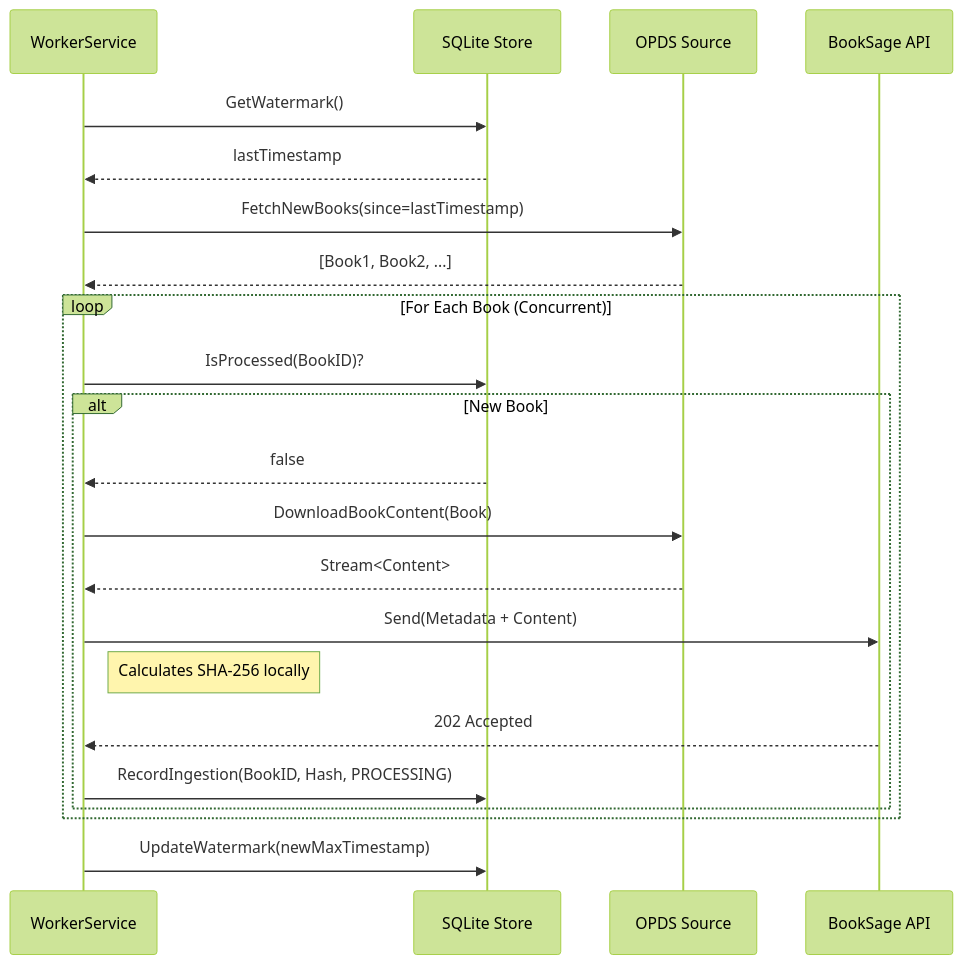
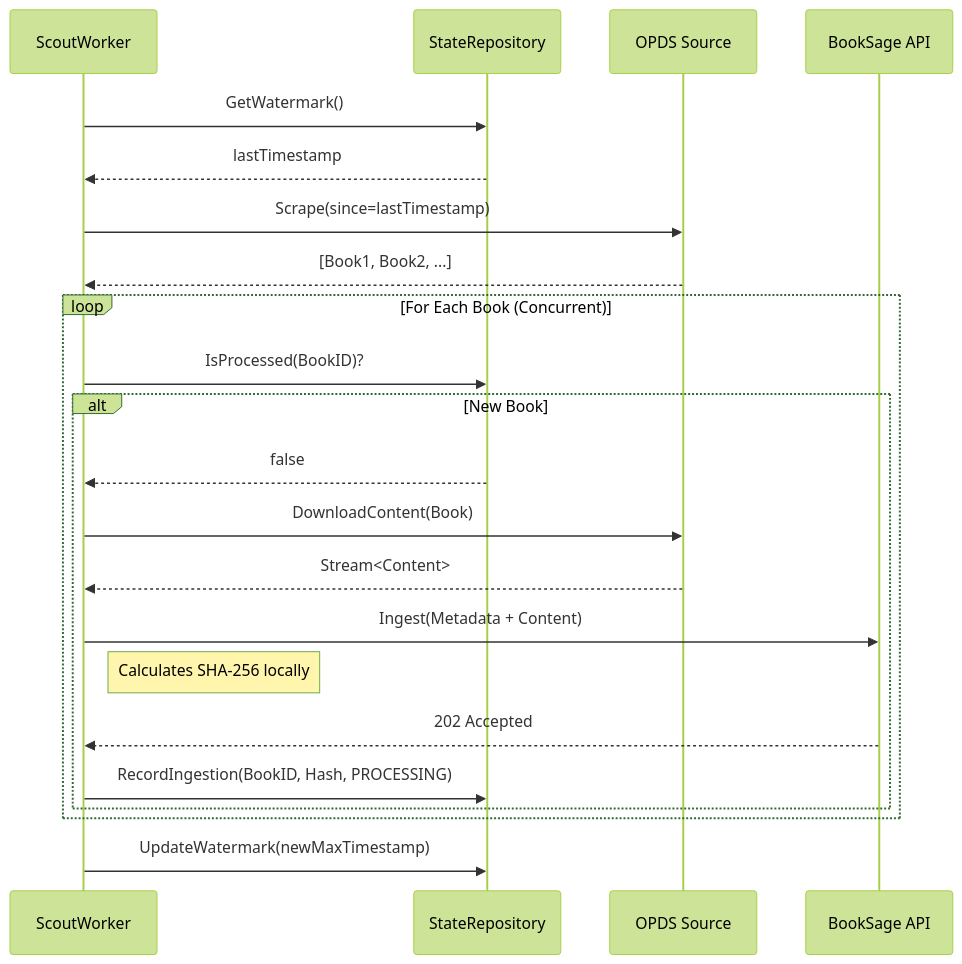
The fourth of 4 diagrams in bookscout/ARCHITECTURE.md (tamara1031/booksage), drawn with Mermaid (forest theme) before and after one commit. The commit also changed other lines of this file and 2 other files, not shown here.

Commit message:
feat: Refactor BookScout to a layered (DDD) architecture with renamed components, update environment variables, and expand BookSage worker documentation.

````diff
--- a/bookscout/ARCHITECTURE.md
+++ b/bookscout/ARCHITECTURE.md
@@ -127,28 +145,28 @@
 ```mermaid
 sequenceDiagram
-    participant W as WorkerService
-    participant S as SQLite Store
+    participant W as ScoutWorker
+    participant S as StateRepository
     participant O as OPDS Source
     participant B as BookSage API
 
     W->>S: GetWatermark()
     S-->>W: lastTimestamp
 
-    W->>O: FetchNewBooks(since=lastTimestamp)
+    W->>O: Scrape(since=lastTimestamp)
     O-->>W: [Book1, Book2, ...]
 
     loop For Each Book (Concurrent)
         W->>S: IsProcessed(BookID)?
         alt New Book
             S-->>W: false
-            W->>O: DownloadBookContent(Book)
+            W->>O: DownloadContent(Book)
             O-->>W: Stream<Content>
-            W->>B: Send(Metadata + Content)
+            W->>B: Ingest(Metadata + Content)
             Note right of W: Calculates SHA-256 locally
             B-->>W: 202 Accepted
             W->>S: RecordIngestion(BookID, Hash, PROCESSING)
         end
     end
 
     W->>S: UpdateWatermark(newMaxTimestamp)
 ```
````
